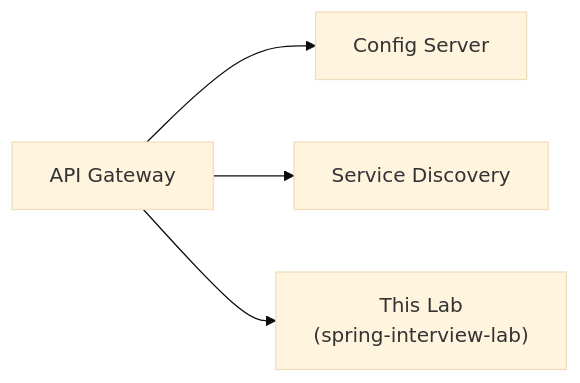
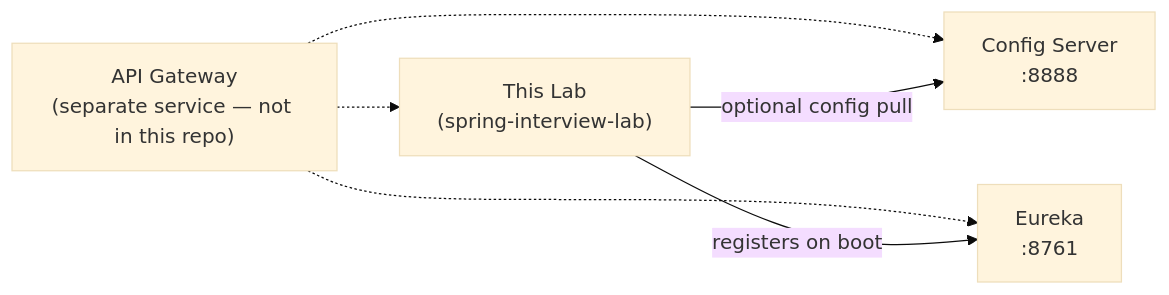
One commit to temptation4/-spring-interview-lab changed the ninth of 9 diagrams in spring-interview-lab/README.md. Above: the diagram before and after it, drawn with Mermaid (base theme). The commit also changed other lines of this file and 18 other files, not shown here.

````diff
--- a/spring-interview-lab/README.md
+++ b/spring-interview-lab/README.md
@@ -257,6 +284,8 @@
 ```mermaid
 graph LR
-    GW["API Gateway"] --> Cfg["Config Server"]
-    GW --> Disc["Service Discovery"]
-    GW --> ThisApp["This Lab<br/>(spring-interview-lab)"]
+    GW["API Gateway<br/>(separate service — not in this repo)"] -.-> Cfg["Config Server<br/>:8888"]
+    GW -.-> Disc["Eureka<br/>:8761"]
+    GW -.-> ThisApp["This Lab<br/>(spring-interview-lab)"]
+    ThisApp -->|registers on boot| Disc
+    ThisApp -->|optional config pull| Cfg
 ```
````
